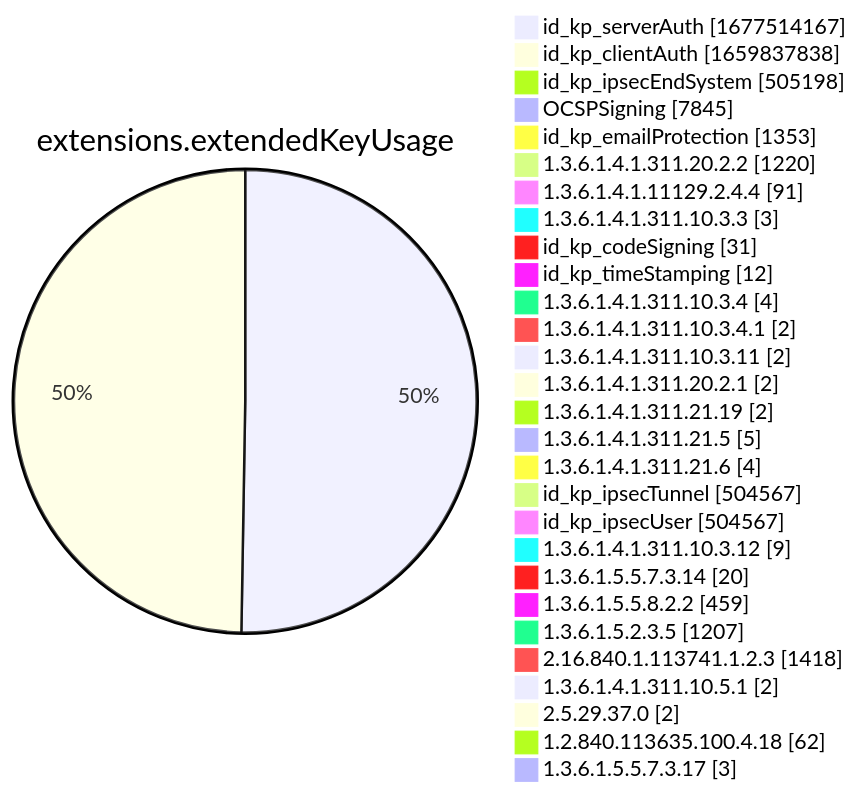
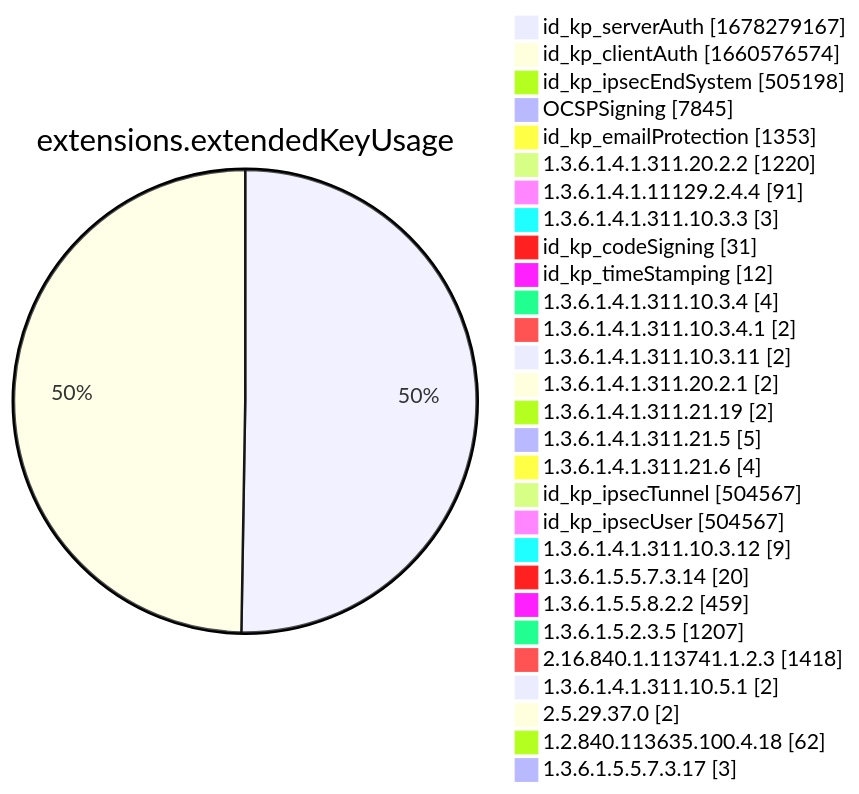
Diagram 12 of 15 in xenon2022/README.md (christiankrug/ctmonitor_visualization), drawn with Mermaid before and after one commit. The commit also changed other lines of this file, not shown here.

````diff
--- a/xenon2022/README.md
+++ b/xenon2022/README.md
@@ -3888,32 +3888,32 @@
 ```mermaid
 pie showData
 title extensions.extendedKeyUsage
-"id_kp_serverAuth" :1677514167
-"id_kp_clientAuth" :1659837838
+"id_kp_serverAuth" :1678279167
+"id_kp_clientAuth" :1660576574
 "id_kp_ipsecEndSystem" :505198
 "OCSPSigning" :7845
 "id_kp_emailProtection" :1353
 "1.3.6.1.4.1.311.20.2.2" :1220
 "1.3.6.1.4.1.11129.2.4.4" :91
 "1.3.6.1.4.1.311.10.3.3" :3
 "id_kp_codeSigning" :31
 "id_kp_timeStamping" :12
 "1.3.6.1.4.1.311.10.3.4" :4
 "1.3.6.1.4.1.311.10.3.4.1" :2
 "1.3.6.1.4.1.311.10.3.11" :2
 "1.3.6.1.4.1.311.20.2.1" :2
 "1.3.6.1.4.1.311.21.19" :2
 "1.3.6.1.4.1.311.21.5" :5
 "1.3.6.1.4.1.311.21.6" :4
 "id_kp_ipsecTunnel" :504567
 "id_kp_ipsecUser" :504567
 "1.3.6.1.4.1.311.10.3.12" :9
 "1.3.6.1.5.5.7.3.14" :20
 "1.3.6.1.5.5.8.2.2" :459
 "1.3.6.1.5.2.3.5" :1207
 "2.16.840.1.113741.1.2.3" :1418
 "1.3.6.1.4.1.311.10.5.1" :2
 "2.5.29.37.0" :2
 "1.2.840.113635.100.4.18" :62
 "1.3.6.1.5.5.7.3.17" :3
 ```
````
